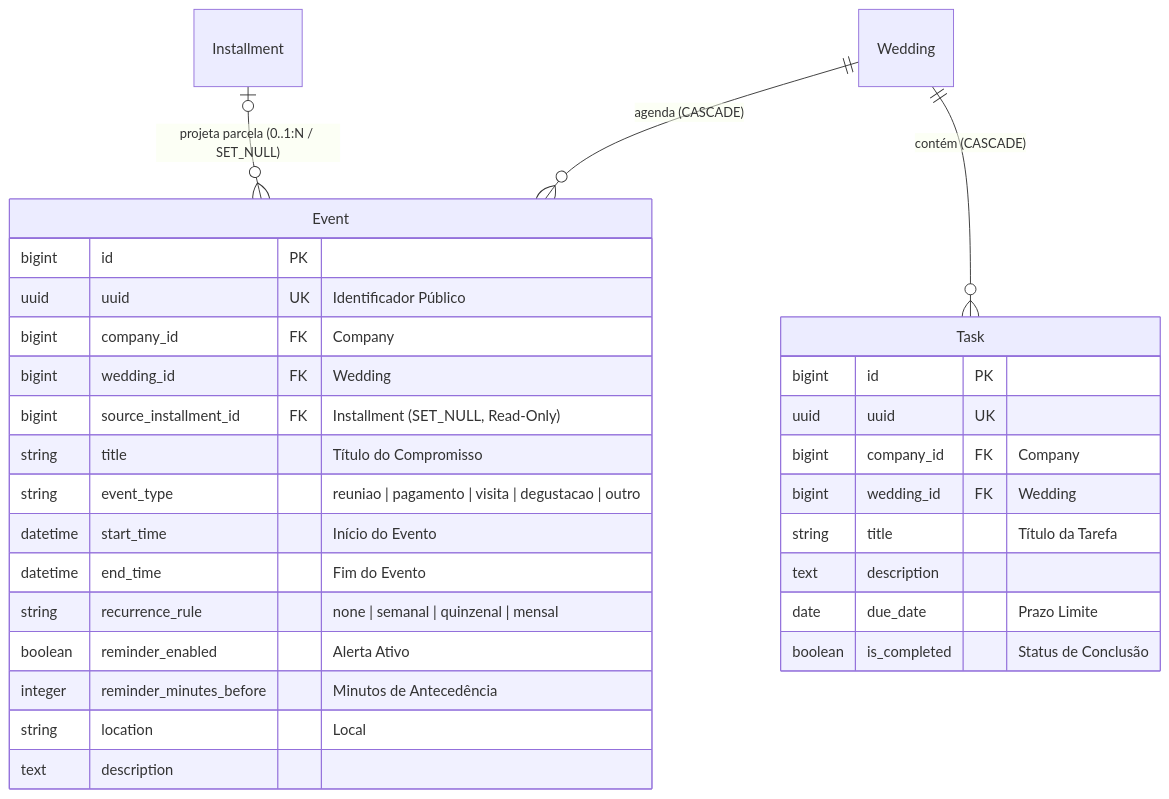
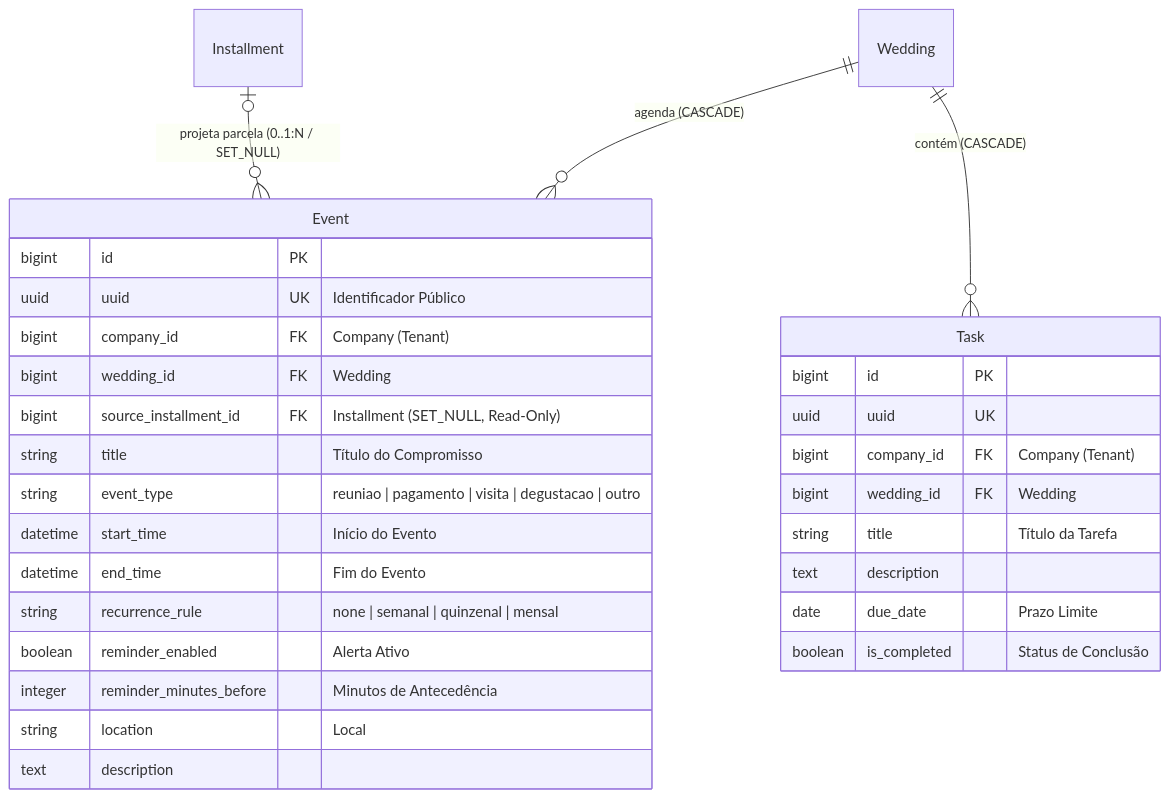
One commit to Rafaelp122/wedding_management changed the second of 2 diagrams in docs/architecture/domains/scheduler-domain.md. Above: the diagram before and after it, drawn with Mermaid. The commit also changed other lines of this file and 107 other files, not shown here.

````diff
--- a/docs/architecture/domains/scheduler-domain.md
+++ b/docs/architecture/domains/scheduler-domain.md
@@ -24,34 +50,34 @@
 ```mermaid
 erDiagram
     Wedding ||--o{ Event : "agenda (CASCADE)"
     Wedding ||--o{ Task : "contém (CASCADE)"
     Installment |o--o{ Event : "projeta parcela (0..1:N / SET_NULL)"
 
     Event {
         bigint id PK
         uuid uuid UK "Identificador Público"
-        bigint company_id FK "Company"
+        bigint company_id FK "Company (Tenant)"
         bigint wedding_id FK "Wedding"
         bigint source_installment_id FK "Installment (SET_NULL, Read-Only)"
         string title "Título do Compromisso"
         string event_type "reuniao | pagamento | visita | degustacao | outro"
         datetime start_time "Início do Evento"
         datetime end_time "Fim do Evento"
         string recurrence_rule "none | semanal | quinzenal | mensal"
         boolean reminder_enabled "Alerta Ativo"
         integer reminder_minutes_before "Minutos de Antecedência"
         string location "Local"
         text description
     }
 
     Task {
         bigint id PK
         uuid uuid UK
-        bigint company_id FK "Company"
+        bigint company_id FK "Company (Tenant)"
         bigint wedding_id FK "Wedding"
         string title "Título da Tarefa"
         text description
         date due_date "Prazo Limite"
         boolean is_completed "Status de Conclusão"
     }
 ```
````
